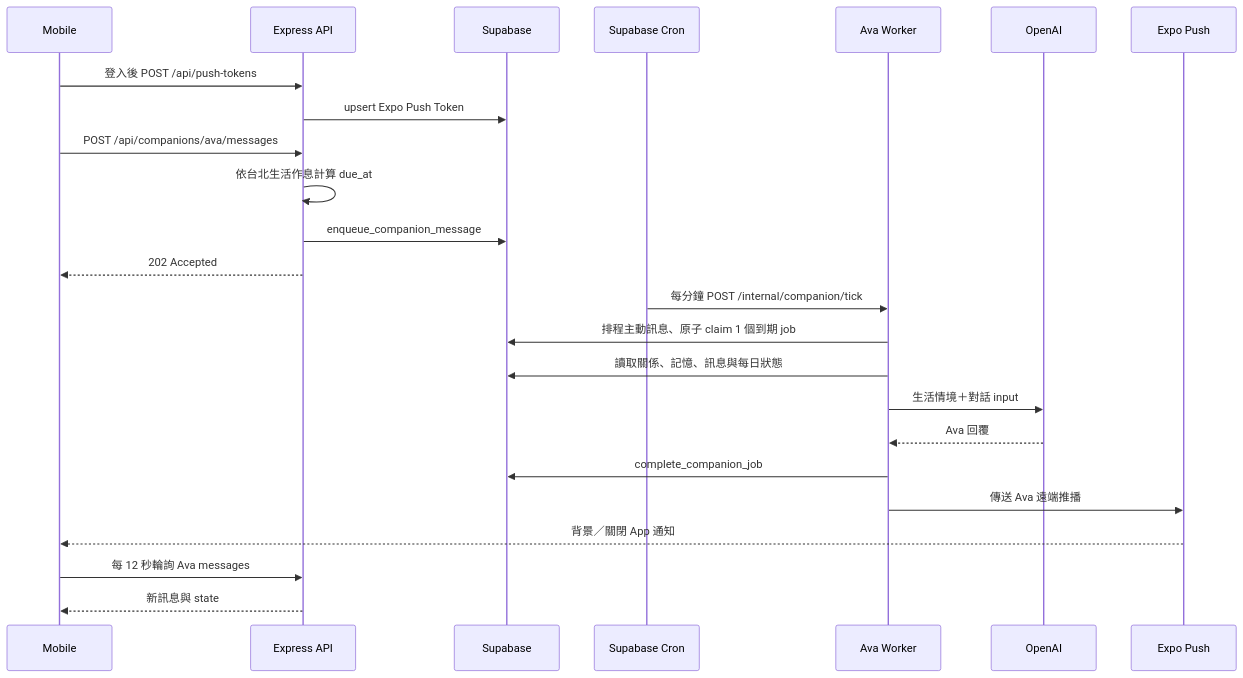
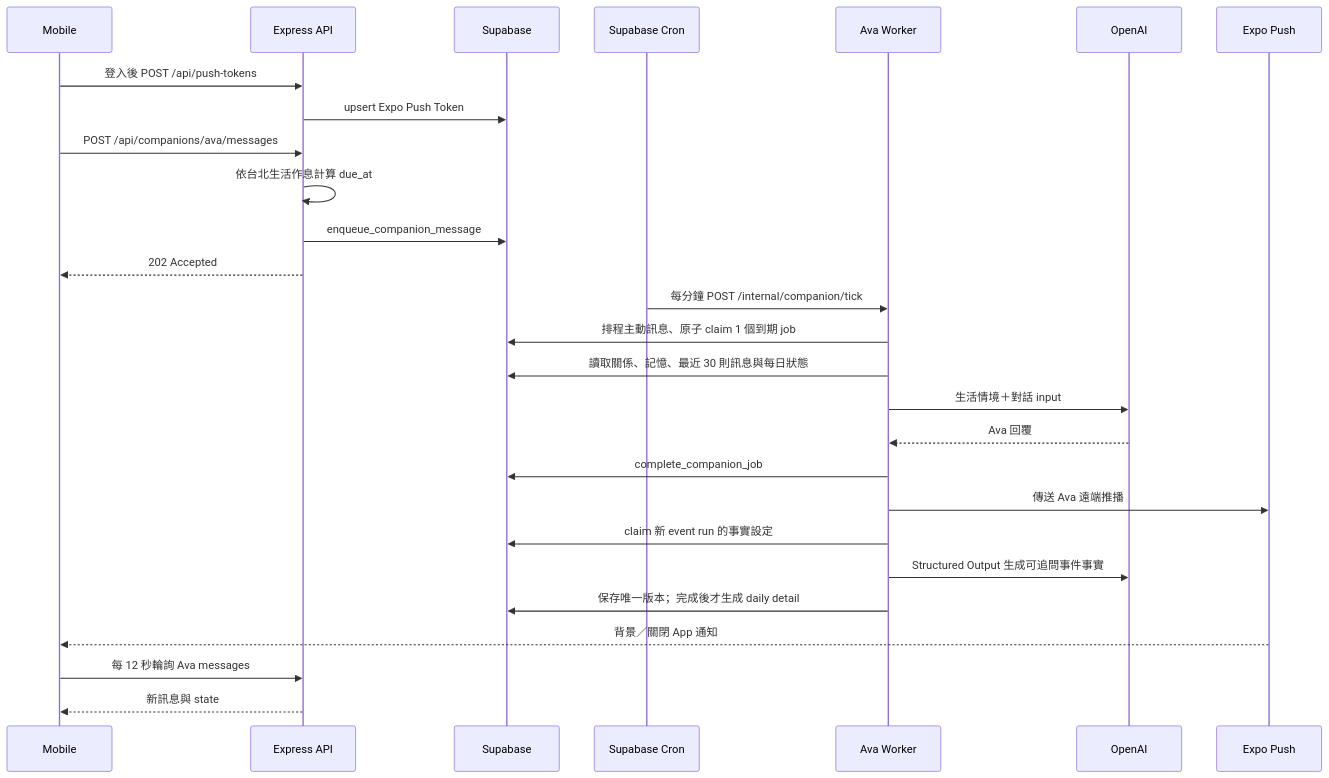
The fourth of 4 diagrams in docs/ARCHITECTURE.md (Live-Rocks/Softplace), drawn with Mermaid before and after one commit. The commit also changed other lines of this file and 15 other files, not shown here.

````diff
--- a/docs/ARCHITECTURE.md
+++ b/docs/ARCHITECTURE.md
@@ -99,27 +99,30 @@
 ```mermaid
 sequenceDiagram
     participant M as Mobile
     participant S as Express API
     participant DB as Supabase
     participant C as Supabase Cron
     participant W as Ava Worker
     participant O as OpenAI
     participant P as Expo Push
 
     M->>S: 登入後 POST /api/push-tokens
     S->>DB: upsert Expo Push Token
     M->>S: POST /api/companions/ava/messages
     S->>S: 依台北生活作息計算 due_at
     S->>DB: enqueue_companion_message
     S-->>M: 202 Accepted
     C->>W: 每分鐘 POST /internal/companion/tick
     W->>DB: 排程主動訊息、原子 claim 1 個到期 job
-    W->>DB: 讀取關係、記憶、訊息與每日狀態
+    W->>DB: 讀取關係、記憶、最近 30 則訊息與每日狀態
     W->>O: 生活情境＋對話 input
     O-->>W: Ava 回覆
     W->>DB: complete_companion_job
     W->>P: 傳送 Ava 遠端推播
+    W->>DB: claim 新 event run 的事實設定
+    W->>O: Structured Output 生成可追問事件事實
+    W->>DB: 保存唯一版本；完成後才生成 daily detail
     P-->>M: 背景／關閉 App 通知
     M->>S: 每 12 秒輪詢 Ava messages
     S-->>M: 新訊息與 state
 ```
````
